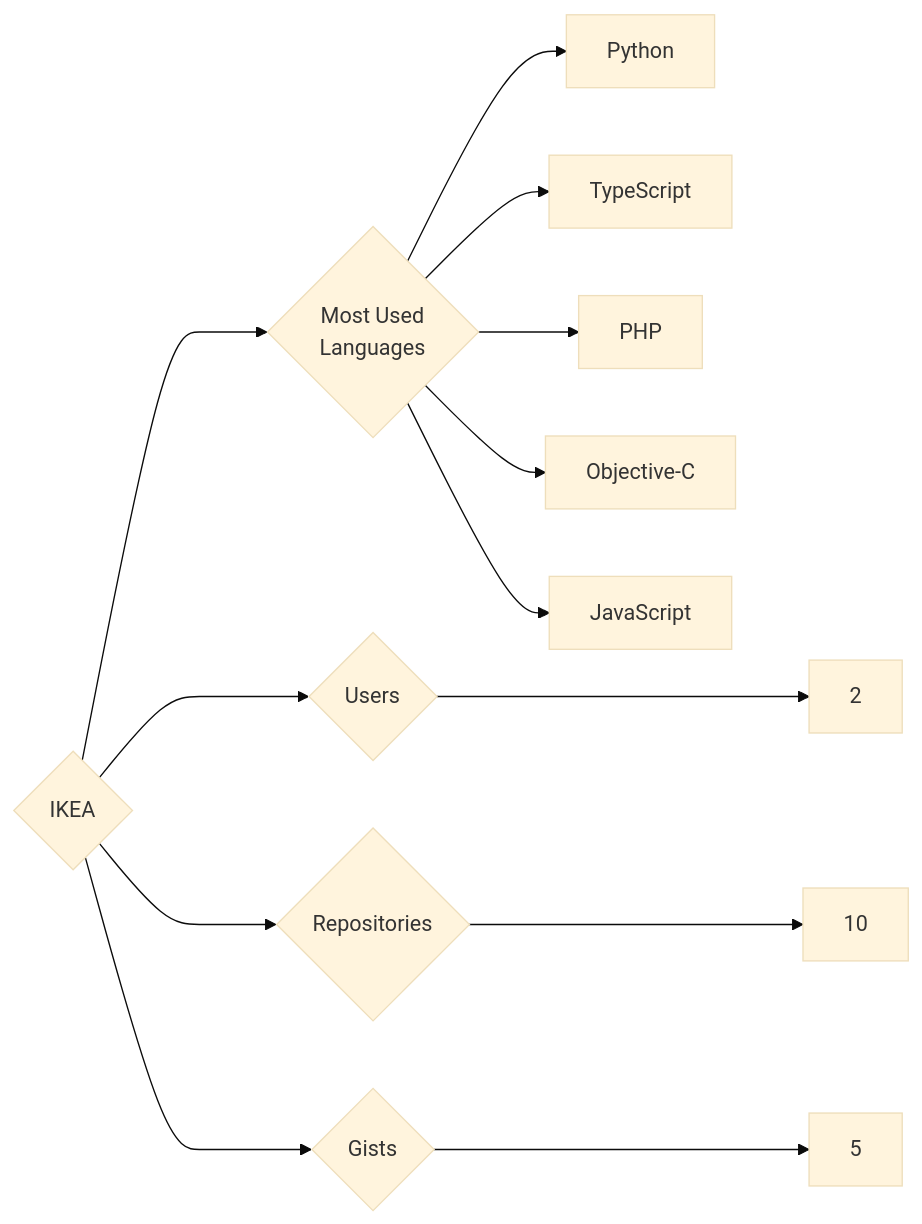
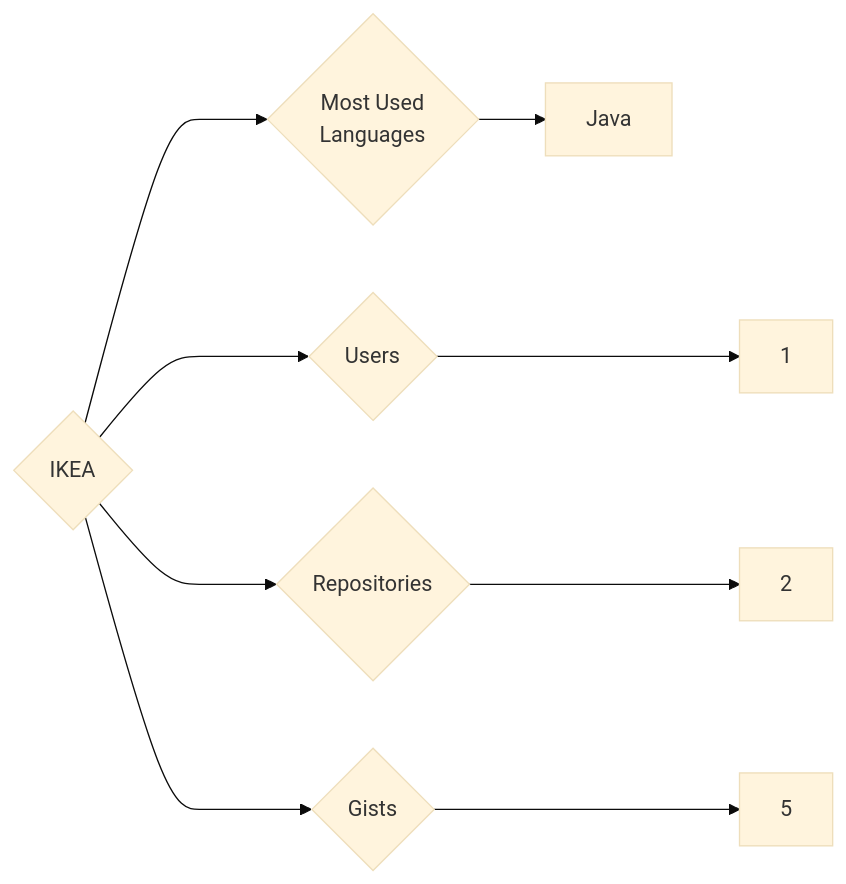
The diagram in targets/IKEA/README.md (trickest/insiders), drawn with Mermaid (base theme) before and after one commit. The commit also changed 865 other files, not shown here.

````diff
--- a/targets/IKEA/README.md
+++ b/targets/IKEA/README.md
@@ -3,13 +3,9 @@
 ```mermaid
 graph LR
 COMPANY_NAME{IKEA}
-COMPANY_NAME ---> U{Users} ---> UN[2]
-COMPANY_NAME ---> R{Repositories} ---> RN[10]
+COMPANY_NAME ---> U{Users} ---> UN[1]
+COMPANY_NAME ---> R{Repositories} ---> RN[2]
 COMPANY_NAME ---> G{Gists} ---> GN[5]
 COMPANY_NAME ---> ML{Most Used<br>Languages}
-ML --> Python[Python]
-ML --> TypeScript[TypeScript]
-ML --> PHP[PHP]
-ML --> Objective-C[Objective-C]
-ML --> JavaScript[JavaScript]
+ML --> Java[Java]
 ```
````
